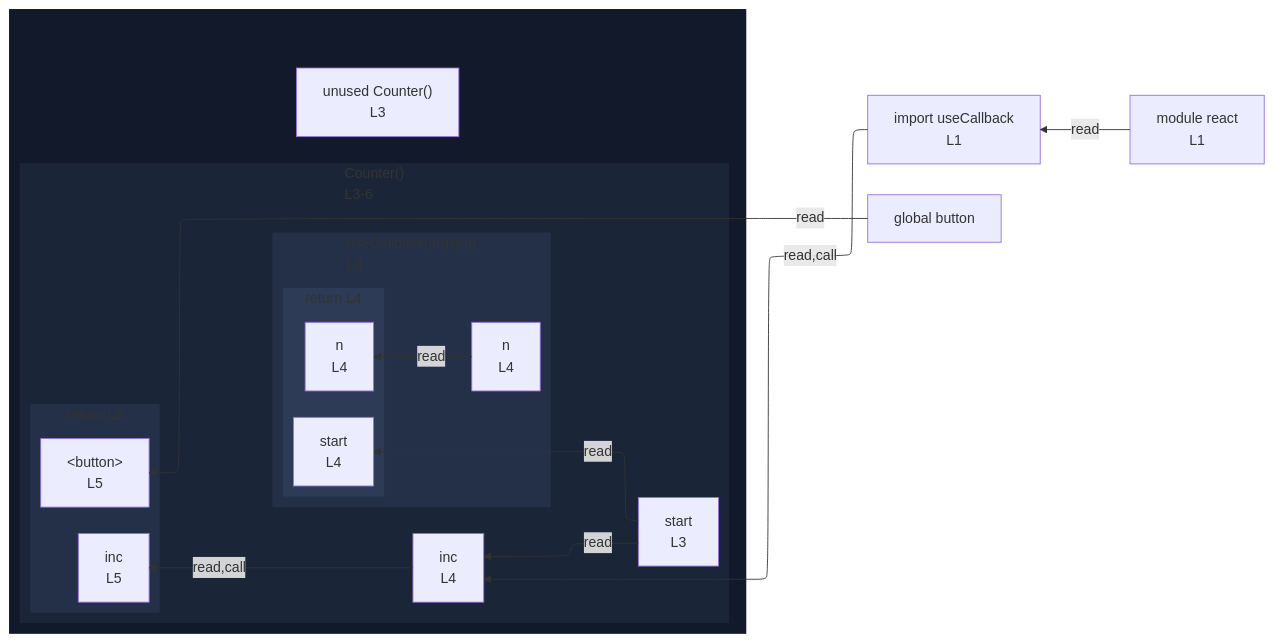
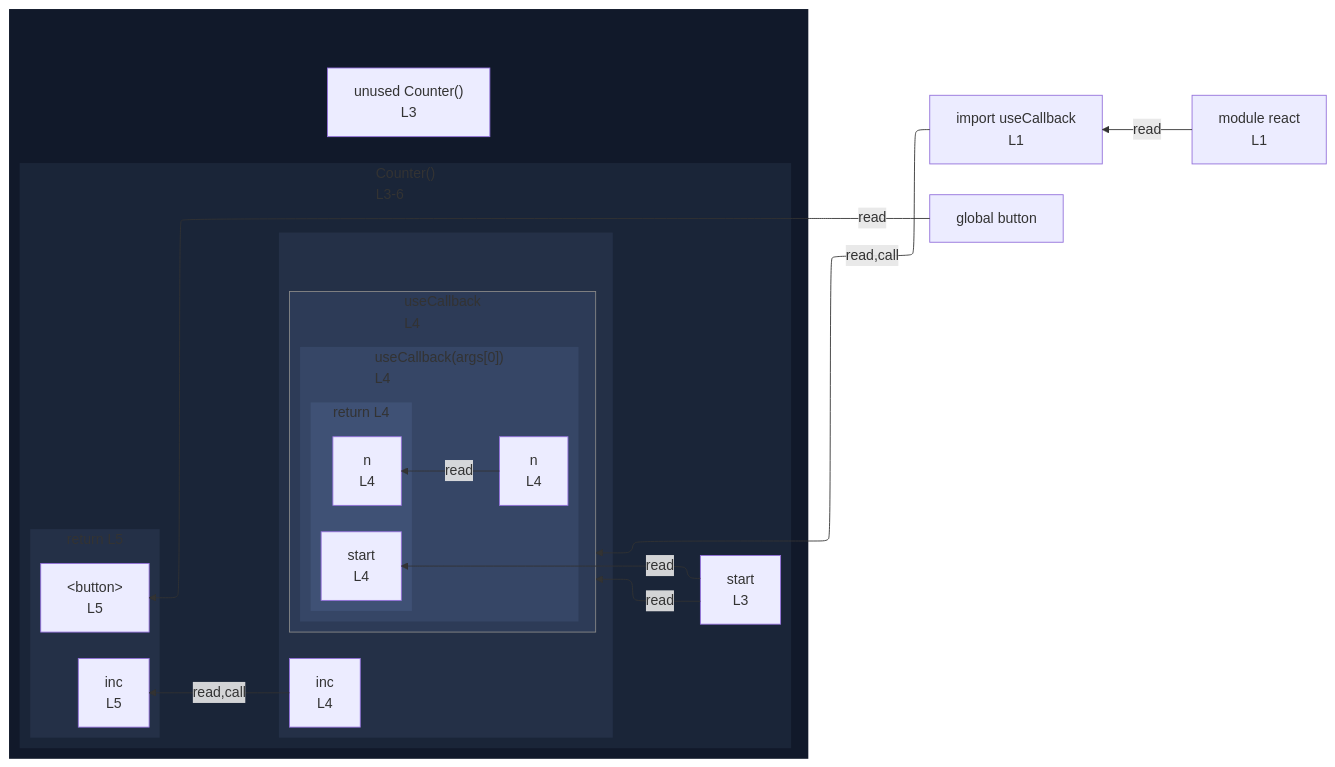
Before and after one commit to crescware/unsnarl: the diagram in integration/fixtures/app-behavior/plugin/react/use-callback/preview.md, drawn with Mermaid. The commit also changed 41 other files, not shown here.

````diff
--- a/integration/fixtures/app-behavior/plugin/react/use-callback/preview.md
+++ b/integration/fixtures/app-behavior/plugin/react/use-callback/preview.md
@@ -16,46 +16,58 @@
 ```mermaid
 %%{init: {"flowchart": {"defaultRenderer": "elk"}}}%%
 flowchart RL
   n_scope_0_useCallback_9["import useCallback<br/>L1"]
   n_scope_0_button_162["global button"]
   subgraph wrap_s_scope_1[" "]
     direction TB
     n_scope_0_Counter_44["unused Counter()<br/>L3"]
     subgraph s_scope_1["Counter()<br/>L3-6"]
       direction RL
       n_scope_1_start_57["start<br/>L3"]
-      n_scope_1_inc_98["inc<br/>L4"]
-      subgraph s_scope_2["useCallback(args[0])<br/>L4"]
-        direction RL
-        n_scope_2_n_117["n<br/>L4"]
-        subgraph s_return_scope_0_Counter_44_131_140["return L4"]
+      subgraph wrap_call_proxy_ref_2[" "]
+        direction TB
+        n_scope_1_inc_98["inc<br/>L4"]
+        subgraph call_proxy_ref_2["useCallback<br/>L4"]
           direction RL
-          ret_use_ref_3["n<br/>L4"]
-          ret_use_ref_4["start<br/>L4"]
+          subgraph s_scope_2["useCallback(args[0])<br/>L4"]
+            direction RL
+            n_scope_2_n_117["n<br/>L4"]
+            subgraph s_return_scope_0_Counter_44_131_140["return L4"]
+              direction RL
+              ret_use_ref_3["n<br/>L4"]
+              ret_use_ref_4["start<br/>L4"]
+            end
+          end
         end
       end
       subgraph s_return_scope_0_Counter_44_154_187["return L5"]
         direction RL
         ret_use_ref_6["&lt;button&gt;<br/>L5"]
         ret_use_ref_7["inc<br/>L5"]
       end
     end
   end
-  n_scope_0_useCallback_9 -->|read,call| n_scope_1_inc_98
+  n_scope_0_useCallback_9 -->|read,call| call_proxy_ref_2
   n_scope_2_n_117 -->|read| ret_use_ref_3
   n_scope_1_start_57 -->|read| ret_use_ref_4
-  n_scope_1_start_57 -->|read| n_scope_1_inc_98
+  n_scope_1_start_57 -->|read| call_proxy_ref_2
   n_scope_0_button_162 -->|read| ret_use_ref_6
   n_scope_1_inc_98 -->|read,call| ret_use_ref_7
   mod_react["module react<br/>L1"]
   mod_react -->|read| n_scope_0_useCallback_9
   classDef nestL1 fill:#11192a,stroke:transparent;
   class wrap_s_scope_1 nestL1;
   classDef nestL2 fill:#1a2538,stroke:transparent;
   class s_scope_1 nestL2;
   classDef nestL3 fill:#243047,stroke:transparent;
-  class s_scope_2 nestL3;
+  class wrap_call_proxy_ref_2 nestL3;
   class s_return_scope_0_Counter_44_154_187 nestL3;
   classDef nestL4 fill:#2d3b57,stroke:transparent;
-  class s_return_scope_0_Counter_44_131_140 nestL4;
+  class call_proxy_ref_2 nestL4;
+  classDef nestL5 fill:#364666,stroke:transparent;
+  class s_scope_2 nestL5;
+  classDef nestL6 fill:#3f5175,stroke:transparent;
+  class s_return_scope_0_Counter_44_131_140 nestL6;
+  classDef edgeTargetSubgraph stroke:#888;
+  class call_proxy_ref_2 edgeTargetSubgraph;
 ```
````
